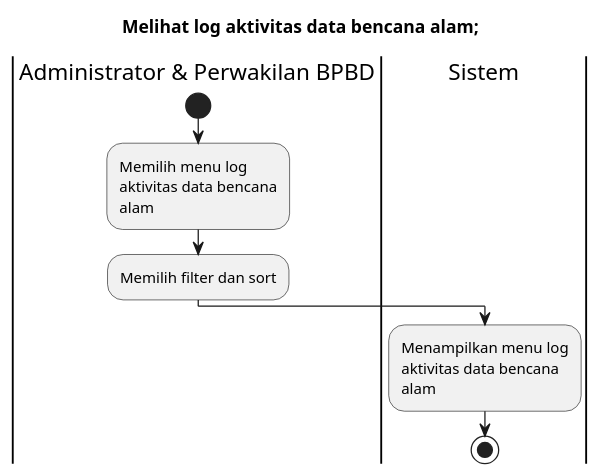
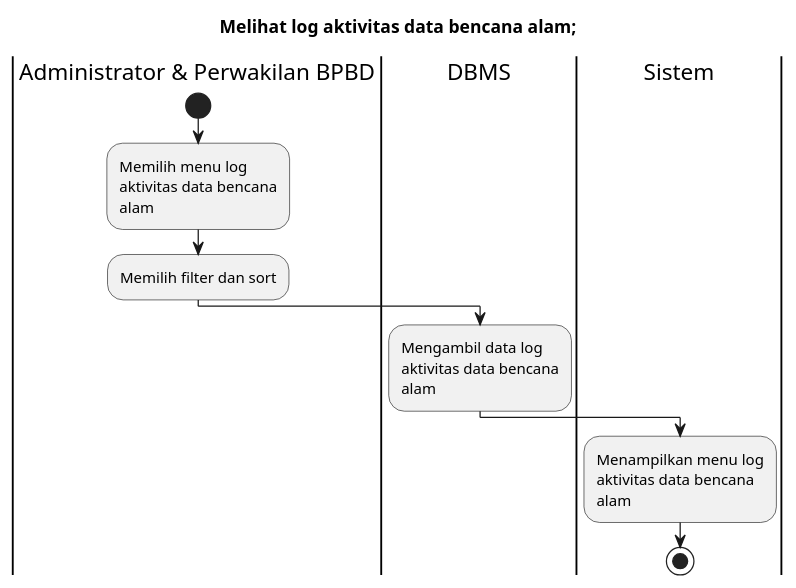
The diagram in Activity Diagrams/UC-MGDISASTER - Manajemen Data Bencana/UC-MGDISASTER-013 - Melihat log aktivitas data bencana alam.puml (bagusNA/appl-diagrams), drawn with PlantUML before and after one commit. The commit also changed 112 other files, not shown here.

Commit message:
feat: overhaul activity diagrams

```diff
--- a/Activity Diagrams/UC-MGDISASTER - Manajemen Data Bencana/UC-MGDISASTER-013 - Melihat log aktivitas data bencana alam.puml
+++ b/Activity Diagrams/UC-MGDISASTER - Manajemen Data Bencana/UC-MGDISASTER-013 - Melihat log aktivitas data bencana alam.puml
@@ -1,16 +1,19 @@
 @startuml UC-MGDISASTER-013 - Melihat log aktivitas data bencana alam;
 skinparam wrapWidth 140
 
 title Melihat log aktivitas data bencana alam;
 
 |Administrator & Perwakilan BPBD|
 start
 :Memilih menu log aktivitas data bencana alam;
 :Memilih filter dan sort;
 
+|DBMS|
+:Mengambil data log aktivitas data bencana alam;
+
 |Sistem|
 :Menampilkan menu log aktivitas data bencana alam;
 
 stop
 
 @enduml
```
